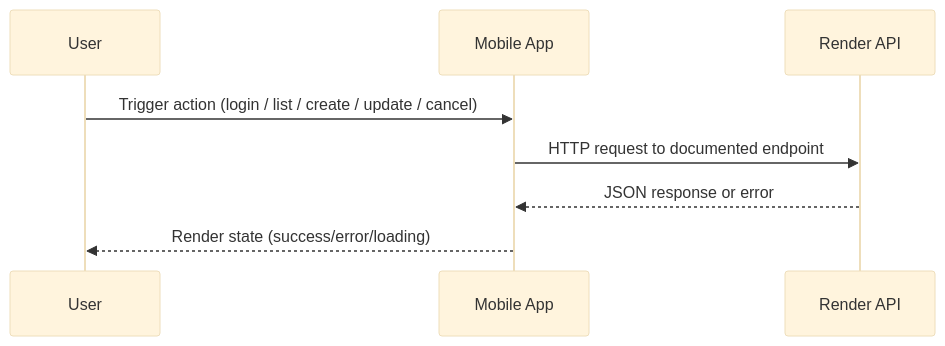
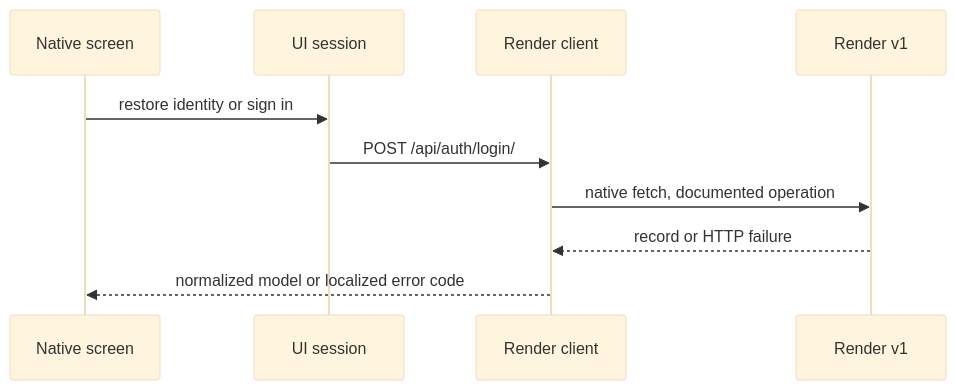
The second of 2 diagrams in docs/ARCHITECTURE_FLOWS.md (khrizenriquez/reservas-app), drawn with Mermaid (base theme) before and after one commit. The commit also changed other lines of this file and 19 other files, not shown here.

Commit message:
align mobile Render v1 parity

````diff
--- a/docs/ARCHITECTURE_FLOWS.md
+++ b/docs/ARCHITECTURE_FLOWS.md
@@ -16,11 +11,12 @@
 ```mermaid
 sequenceDiagram
-  participant User as User
-  participant App as Mobile App
-  participant API as Render API
-
-  User->>App: Trigger action (login / list / create / update / cancel)
-  App->>API: HTTP request to documented endpoint
-  API-->>App: JSON response or error
-  App-->>User: Render state (success/error/loading)
+  participant UI as Native screen
+  participant Session as UI session
+  participant API as Render client
+  participant Render as Render v1
+  UI->>Session: restore identity or sign in
+  Session->>API: POST /api/auth/login/
+  API->>Render: native fetch, documented operation
+  Render-->>API: record or HTTP failure
+  API-->>UI: normalized model or localized error code
 ```
````
